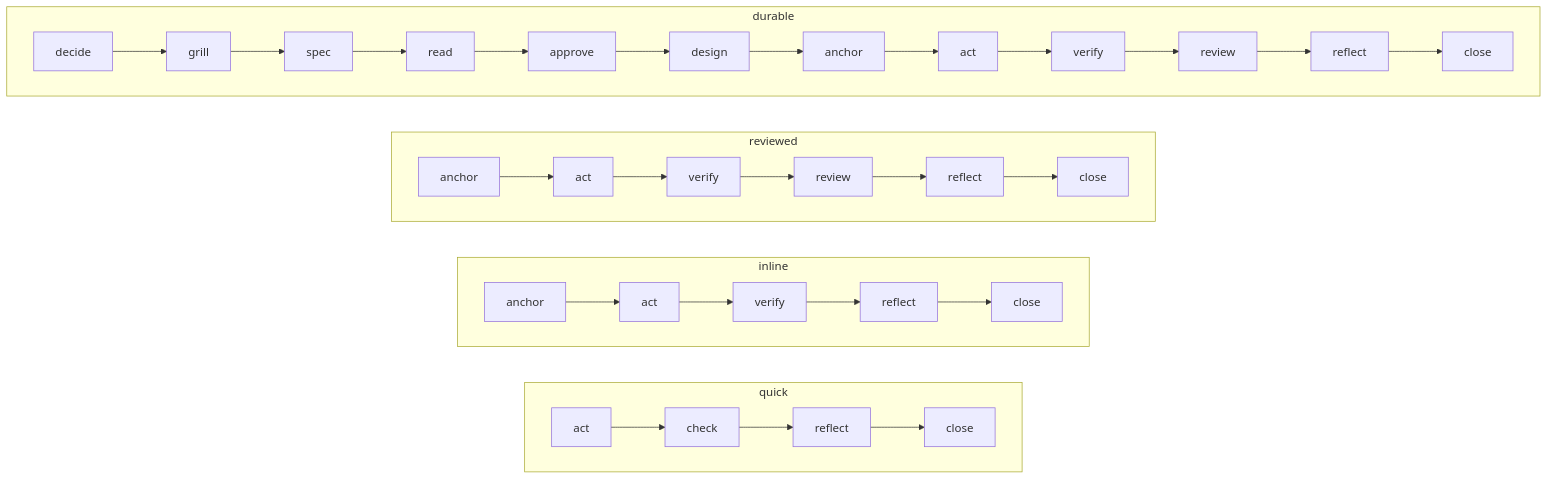
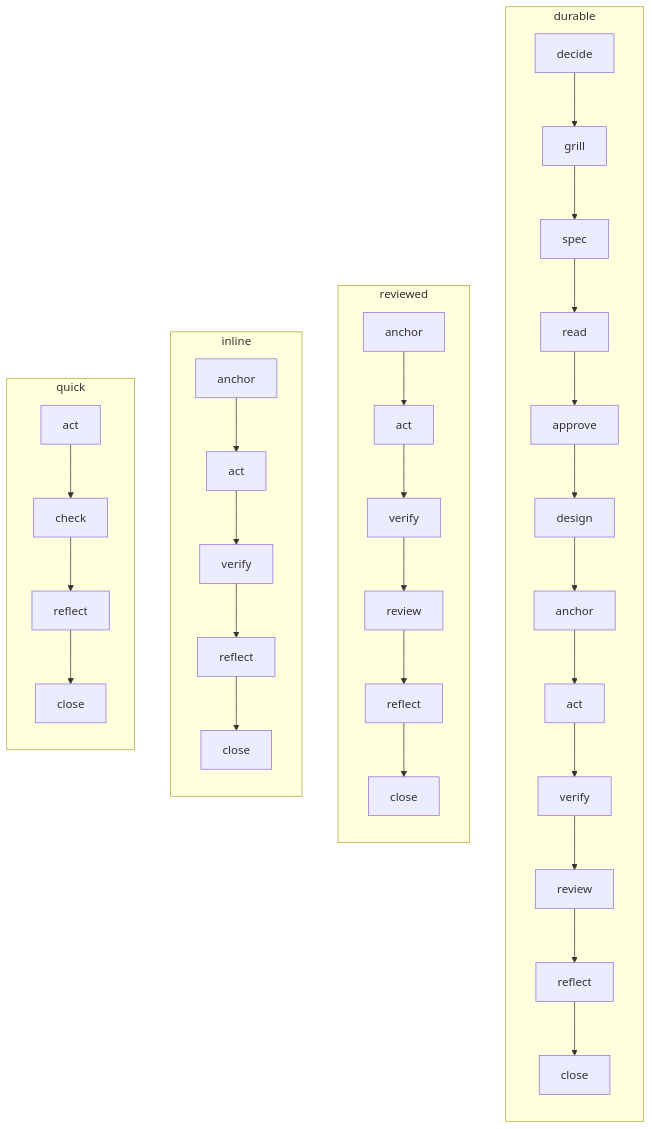
One commit to wayne930242/anchorloop changed the second of 4 diagrams in docs/how-it-works.md. Above: the diagram before and after it, drawn with Mermaid. The commit also changed other lines of this file, not shown here.

Commit message:
docs: lay the extension diagrams out top to bottom, quick first

````diff
--- a/docs/how-it-works.md
+++ b/docs/how-it-works.md
@@ -93,19 +93,19 @@
 ```mermaid
-flowchart LR
+flowchart TD
+  subgraph durable
+    direction TB
+    d1[decide] --> d2[grill] --> d3[spec] --> d4[read] --> d5[approve] --> d6[design] --> d7[anchor] --> d8[act] --> d9[verify] --> d10[review] --> d11[reflect] --> d12[close]
+  end
+  subgraph reviewed
+    direction TB
+    r1[anchor] --> r2[act] --> r3[verify] --> r4[review] --> r5[reflect] --> r6[close]
+  end
+  subgraph inline
+    direction TB
+    i1[anchor] --> i2[act] --> i3[verify] --> i4[reflect] --> i5[close]
+  end
   subgraph quick
-    direction LR
+    direction TB
     q1[act] --> q2[check] --> q3[reflect] --> q4[close]
   end
-  subgraph inline
-    direction LR
-    i1[anchor] --> i2[act] --> i3[verify] --> i4[reflect] --> i5[close]
-  end
-  subgraph reviewed
-    direction LR
-    r1[anchor] --> r2[act] --> r3[verify] --> r4[review] --> r5[reflect] --> r6[close]
-  end
-  subgraph durable
-    direction LR
-    d1[decide] --> d2[grill] --> d3[spec] --> d4[read] --> d5[approve] --> d6[design] --> d7[anchor] --> d8[act] --> d9[verify] --> d10[review] --> d11[reflect] --> d12[close]
-  end
 ```
````
